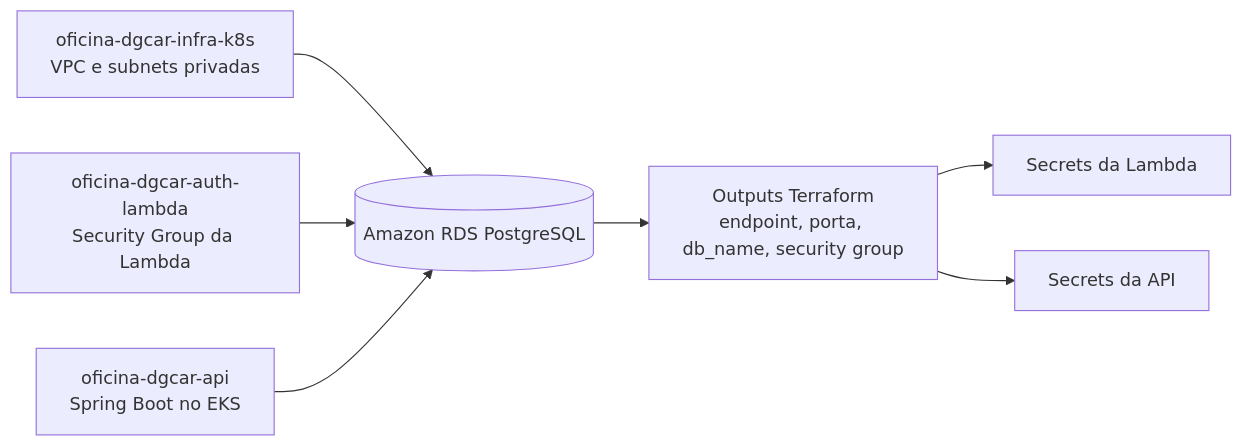
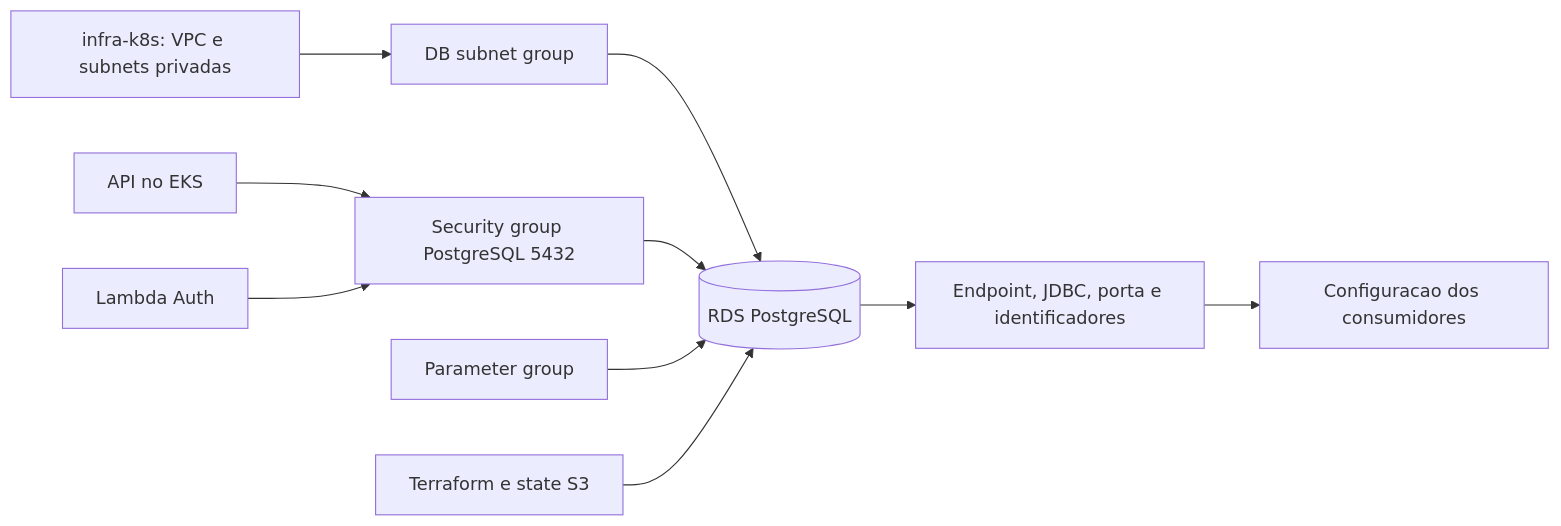
Before and after one commit to techdgconsulting/oficina-dgcar-infra-db: the diagram in README.md, drawn with Mermaid. The commit also changed other lines of this file and 1 other file, not shown here.

````diff
--- a/README.md
+++ b/README.md
@@ -25,9 +9,12 @@
 ```mermaid
 flowchart LR
-  k8s[oficina-dgcar-infra-k8s<br/>VPC e subnets privadas] --> rds[(Amazon RDS PostgreSQL)]
-  lambda[oficina-dgcar-auth-lambda<br/>Security Group da Lambda] --> rds
-  api[oficina-dgcar-api<br/>Spring Boot no EKS] --> rds
-  rds --> outputs[Outputs Terraform<br/>endpoint, porta, db_name, security group]
-  outputs --> lambdaSecrets[Secrets da Lambda]
-  outputs --> apiSecrets[Secrets da API]
+  Network[infra-k8s: VPC e subnets privadas] --> Subnets[DB subnet group]
+  Subnets --> DB[(RDS PostgreSQL)]
+  API[API no EKS] --> SG[Security group PostgreSQL 5432]
+  Lambda[Lambda Auth] --> SG
+  SG --> DB
+  Params[Parameter group] --> DB
+  TF[Terraform e state S3] --> DB
+  DB --> Outputs[Endpoint, JDBC, porta e identificadores]
+  Outputs --> Consumers[Configuracao dos consumidores]
 ```
````
